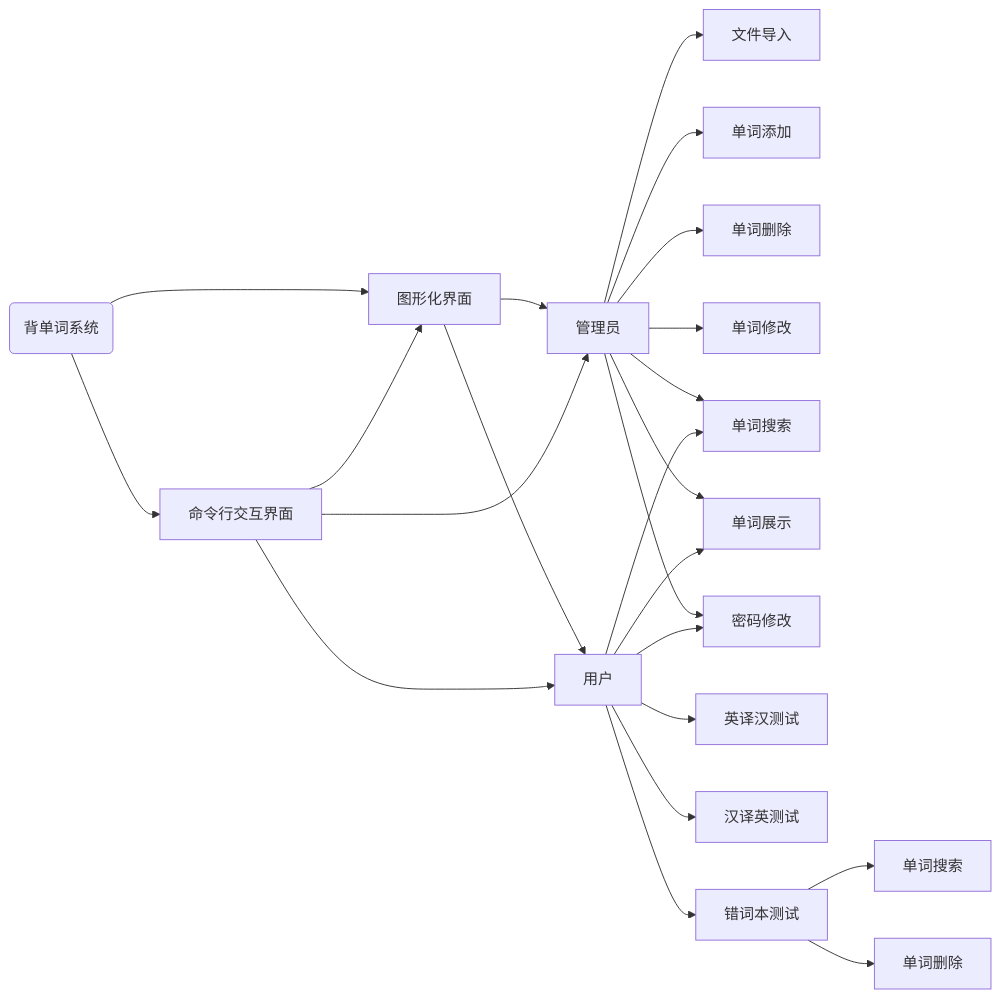
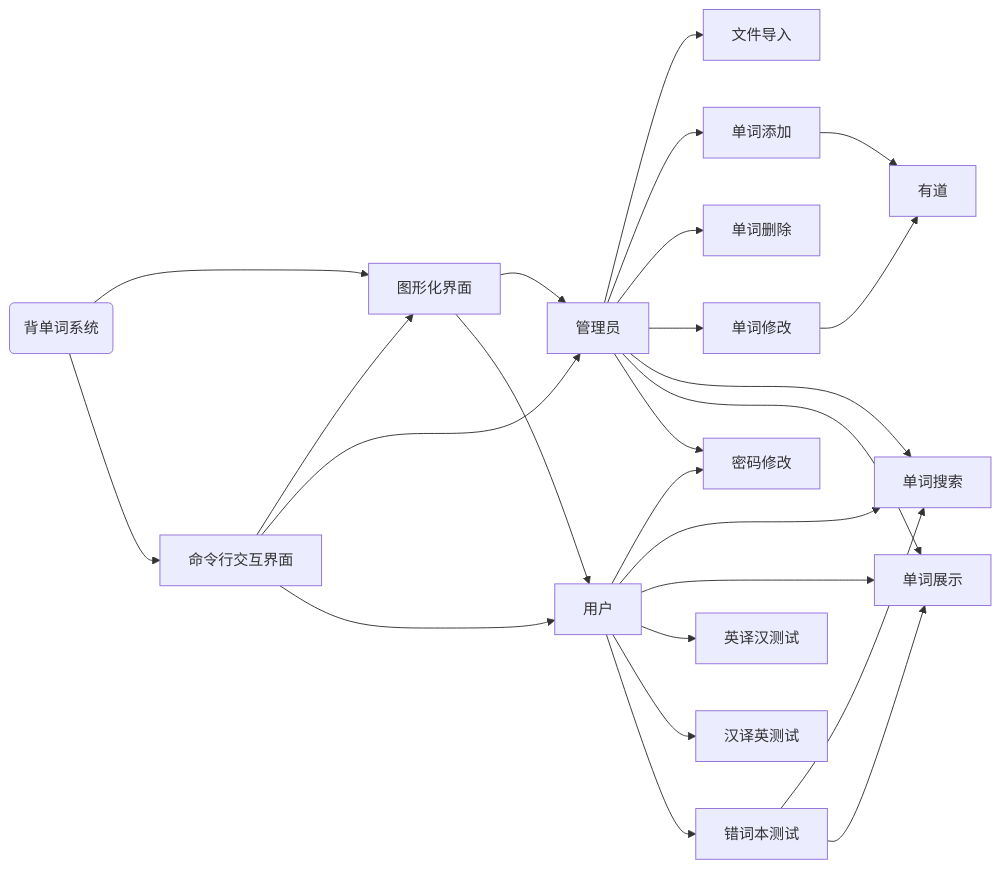
The diagram in README.md (involution-base-of-njupt/everyday-vocabulary), drawn with Mermaid before and after one commit.

````diff
--- a/README.md
+++ b/README.md
@@ -5,30 +5,33 @@
 ```mermaid
 graph LR
 
 Sys(背单词系统) --> gui[图形化界面]
 Sys --> cli[命令行交互界面]
 cli --> gui
 gui --> Admin[管理员]
 gui --> User[用户]
 cli --> Admin[管理员]
 cli --> User[用户]
 
 Admin --> 文件导入
 Admin --> 单词添加
 Admin --> 单词删除
 Admin --> 单词修改
 Admin --> 单词搜索
 Admin --> 单词展示
 
 Admin --> 密码修改
 User --> 密码修改
 
 User --> 单词搜索
 User --> 单词展示
 User --> 英译汉测试
 User --> 汉译英测试
 User --> 错词本测试
 
-错词本测试 --> s[单词搜索]
-错词本测试 --> d[单词删除]
+错词本测试 --> 单词搜索
+错词本测试 --> 单词展示
+
+单词添加 --> 有道
+单词修改 --> 有道
 ```
````
